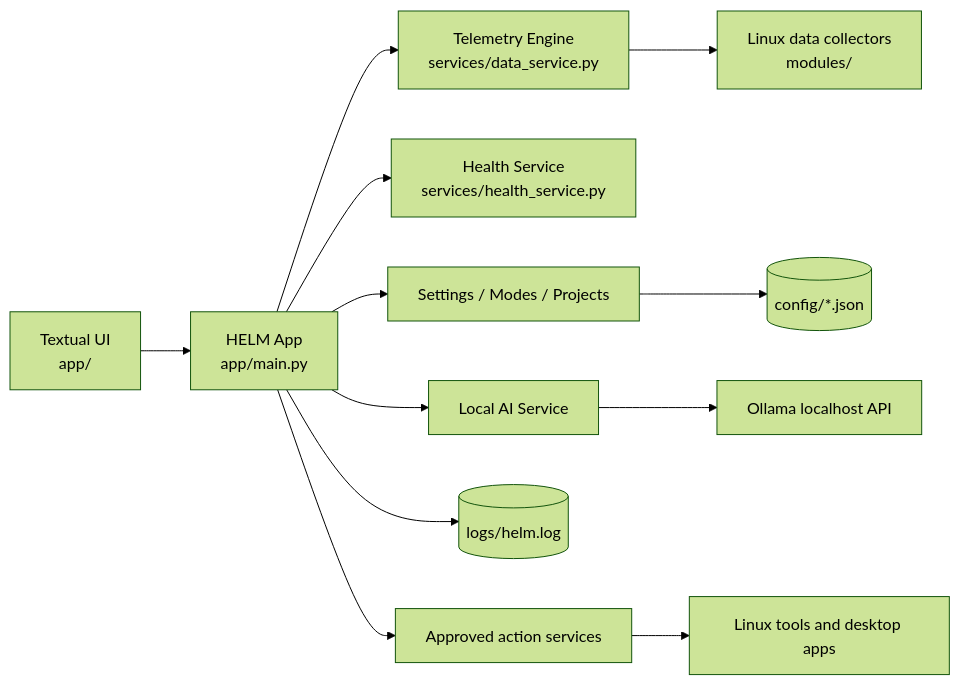
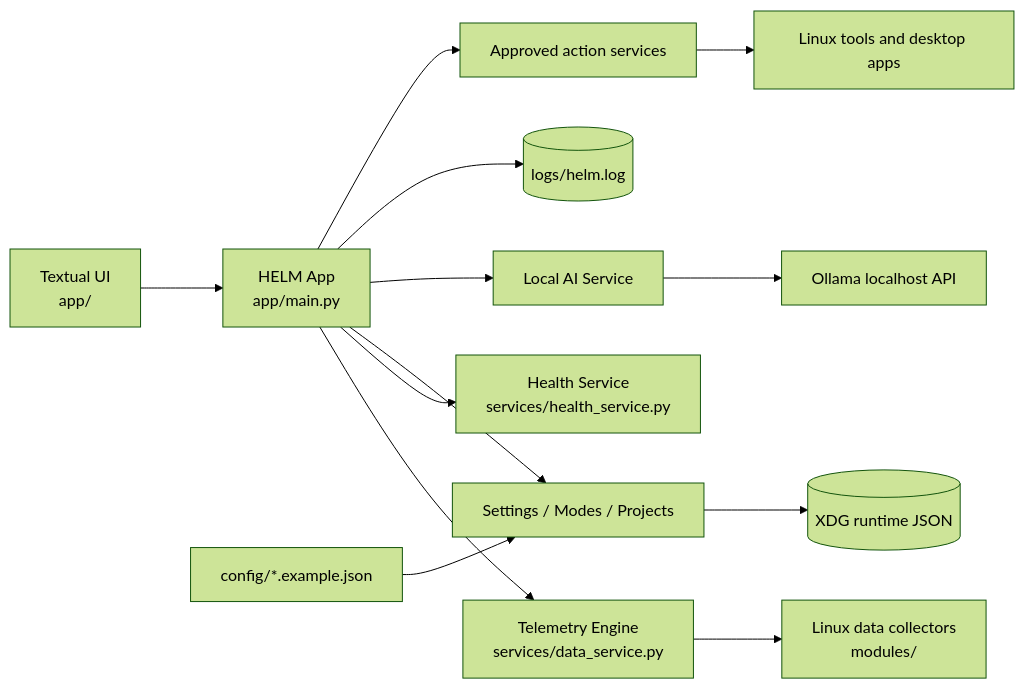
One commit to Dariusz-Kubicki/HELM-CyberDeck-OS changed the diagram in README.md. Above: the diagram before and after it, drawn with Mermaid (forest theme). The commit also changed other lines of this file and 22 other files, not shown here.

Commit message:
Document v1.2 architecture and harden recovery backups

````diff
--- a/README.md
+++ b/README.md
@@ -105,14 +106,15 @@
 ```mermaid
 flowchart LR
     UI[Textual UI<br/>app/] --> Main[HELM App<br/>app/main.py]
     Main --> Data[Telemetry Engine<br/>services/data_service.py]
     Main --> Health[Health Service<br/>services/health_service.py]
     Main --> Settings[Settings / Modes / Projects]
     Main --> AI[Local AI Service]
     Data --> Modules[Linux data collectors<br/>modules/]
     AI --> Ollama[Ollama localhost API]
-    Settings --> JSON[(config/*.json)]
+    Settings --> JSON[(XDG runtime JSON)]
+    Examples[config/*.example.json] --> Settings
     Main --> Logs[(logs/helm.log)]
     Main --> Actions[Approved action services]
     Actions --> Tools[Linux tools and desktop apps]
 ```
````
